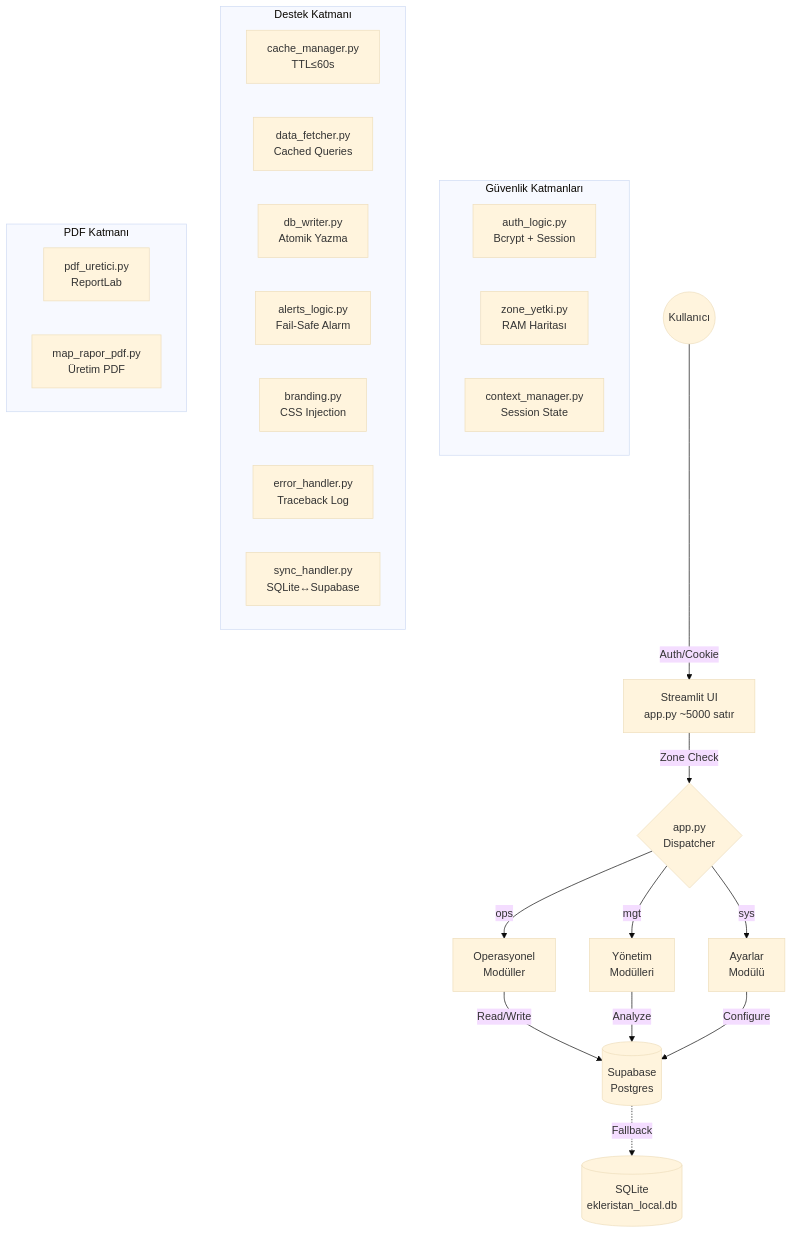
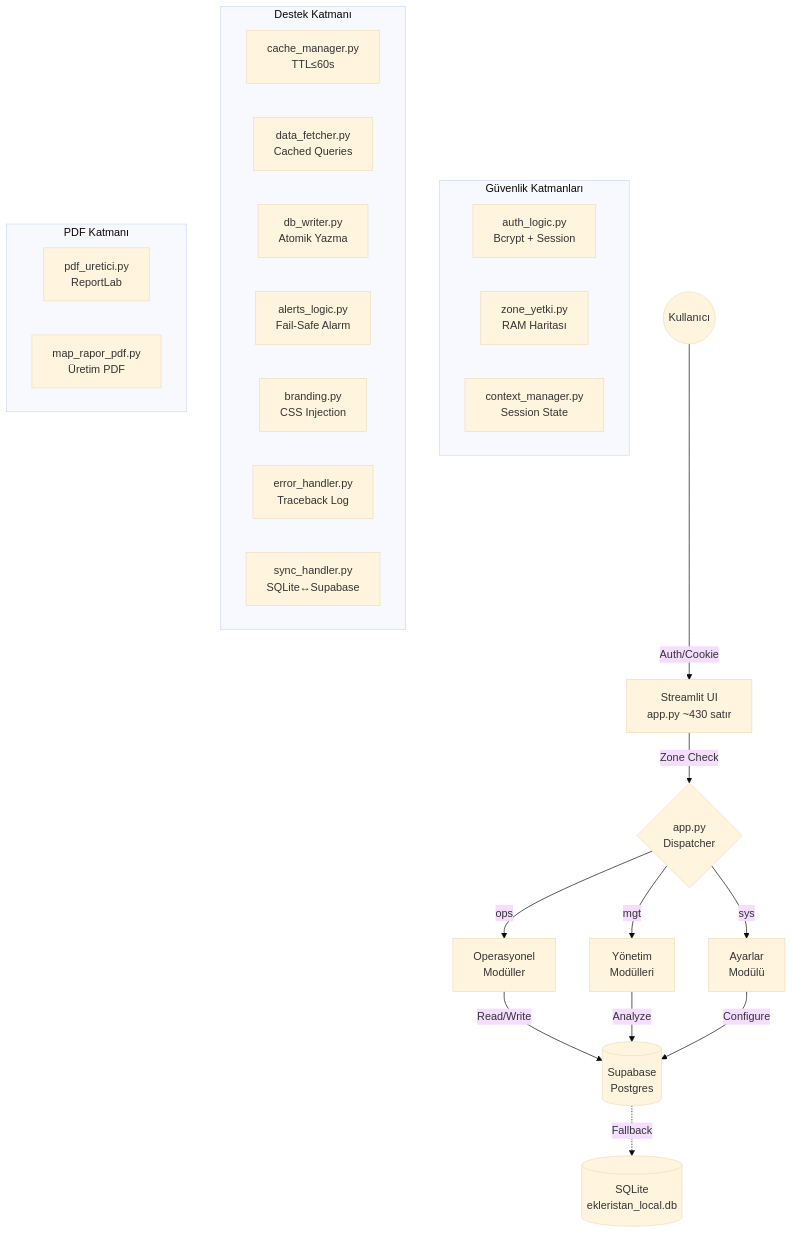
Before and after one commit to emrecavdar83/EKLER-STAN_QMS: the first of 4 diagrams in .antigravity/musbet/hafiza/sistem_haritasi.md, drawn with Mermaid (base theme). The commit also changed 4 other files, not shown here.

````diff
--- a/.antigravity/musbet/hafiza/sistem_haritasi.md
+++ b/.antigravity/musbet/hafiza/sistem_haritasi.md
@@ -13,34 +13,34 @@
 ```mermaid
 graph TD
-    User((Kullanıcı)) -->|Auth/Cookie| UI[Streamlit UI\napp.py ~5000 satır]
+    User((Kullanıcı)) -->|Auth/Cookie| UI[Streamlit UI\napp.py ~430 satır]
     UI -->|Zone Check| Dispatcher{app.py\nDispatcher}
     Dispatcher -->|sys| Settings[Ayarlar\nModülü]
     Dispatcher -->|ops| Operations[Operasyonel\nModüller]
     Dispatcher -->|mgt| Management[Yönetim\nModülleri]
 
     Operations -->|Read/Write| DB[(Supabase\nPostgres)]
     Management -->|Analyze| DB
     Settings -->|Configure| DB
     DB -.->|Fallback| LDB[(SQLite\nekleristan_local.db)]
 
     subgraph "Güvenlik Katmanları"
         AuthL[auth_logic.py\nBcrypt + Session]
         ZoneY[zone_yetki.py\nRAM Haritası]
         CM[context_manager.py\nSession State]
     end
 
     subgraph "Destek Katmanı"
         Cache[cache_manager.py\nTTL≤60s]
         Fetch[data_fetcher.py\nCached Queries]
         Writer[db_writer.py\nAtomik Yazma]
         Alerts[alerts_logic.py\nFail-Safe Alarm]
         Brand[branding.py\nCSS Injection]
         Err[error_handler.py\nTraceback Log]
         Sync[sync_handler.py\nSQLite↔Supabase]
     end
 
     subgraph "PDF Katmanı"
         PDF[pdf_uretici.py\nReportLab]
         MapPDF[map_rapor_pdf.py\nÜretim PDF]
     end
 ```
````
